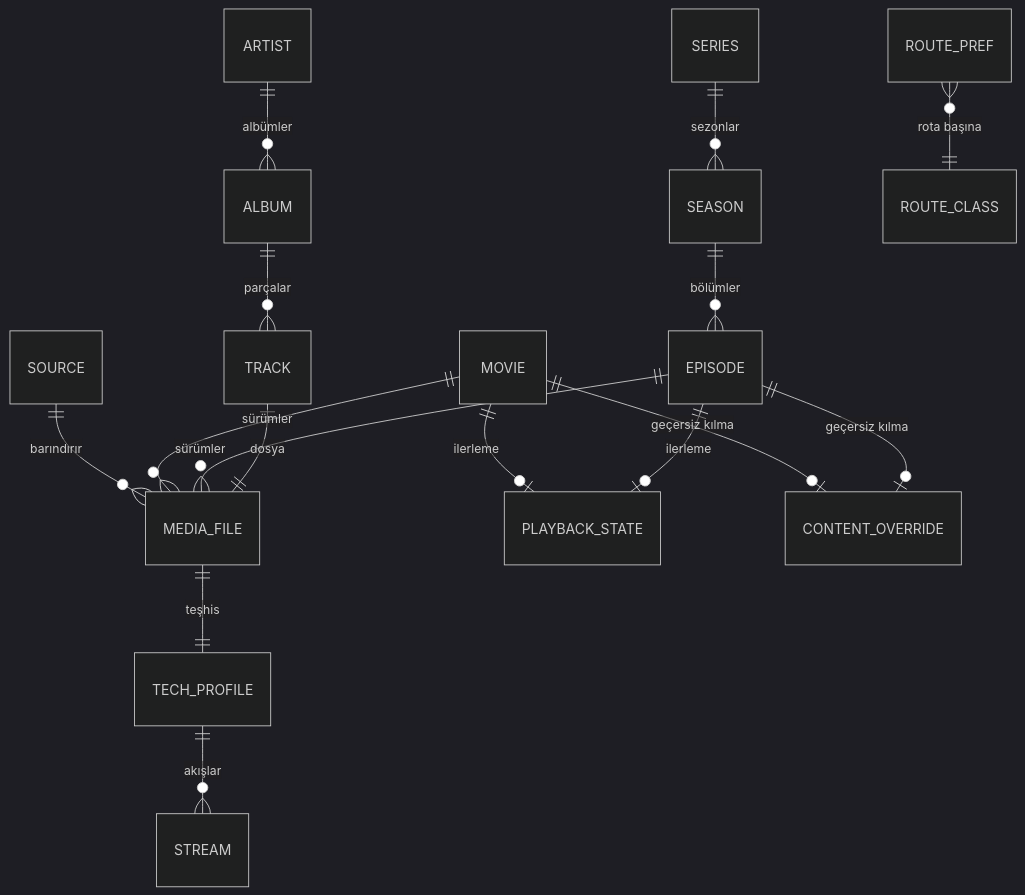
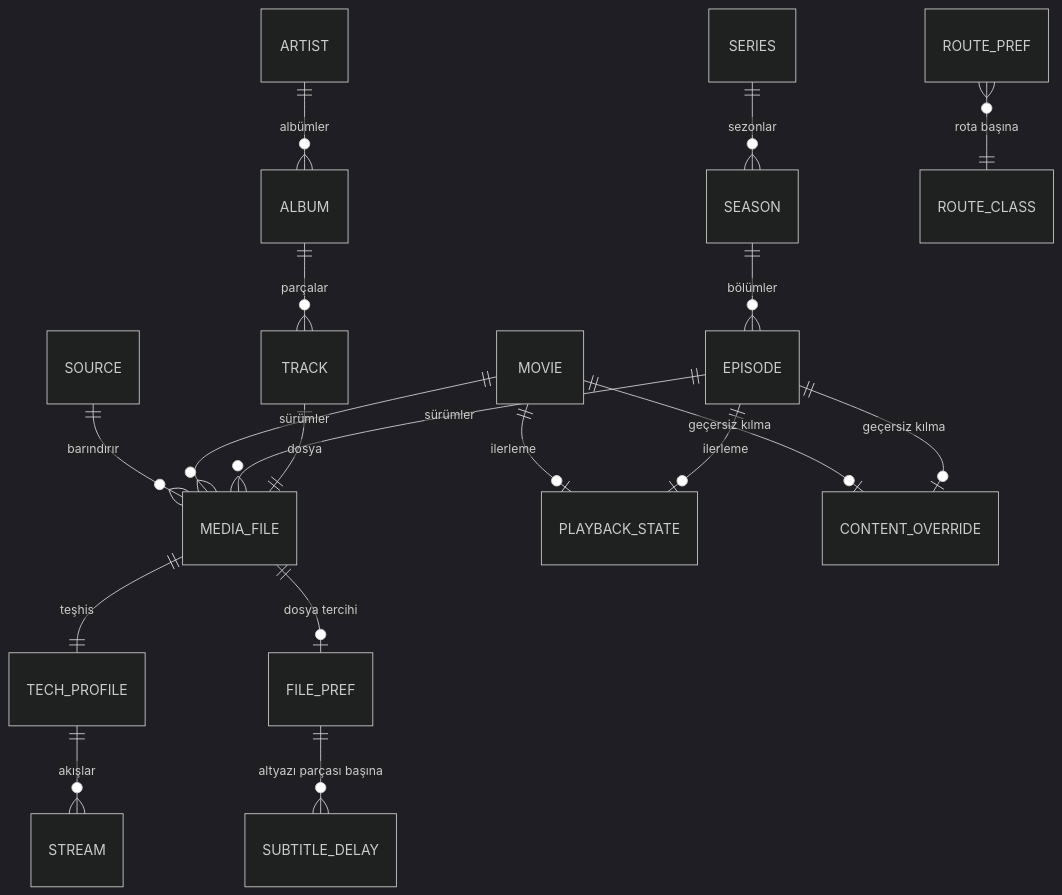
One commit to Feardarks/arifetanga changed the second of 7 diagrams in docs/03-tasarim.md. Above: the diagram before and after it, drawn with Mermaid (dark theme). The commit also changed other lines of this file, not shown here.

````diff
--- a/docs/03-tasarim.md
+++ b/docs/03-tasarim.md
@@ -175,18 +185,20 @@
 ```mermaid
 erDiagram
   SOURCE ||--o{ MEDIA_FILE : "barındırır"
   MEDIA_FILE ||--|| TECH_PROFILE : "teşhis"
   TECH_PROFILE ||--o{ STREAM : "akışlar"
   MOVIE ||--o{ MEDIA_FILE : "sürümler"
   SERIES ||--o{ SEASON : "sezonlar"
   SEASON ||--o{ EPISODE : "bölümler"
   EPISODE ||--o{ MEDIA_FILE : "sürümler"
   ARTIST ||--o{ ALBUM : "albümler"
   ALBUM ||--o{ TRACK : "parçalar"
   TRACK ||--|| MEDIA_FILE : "dosya"
   MOVIE ||--o| PLAYBACK_STATE : "ilerleme"
   EPISODE ||--o| PLAYBACK_STATE : "ilerleme"
   MOVIE ||--o| CONTENT_OVERRIDE : "geçersiz kılma"
   EPISODE ||--o| CONTENT_OVERRIDE : "geçersiz kılma"
+  MEDIA_FILE ||--o| FILE_PREF : "dosya tercihi"
+  FILE_PREF ||--o{ SUBTITLE_DELAY : "altyazı parçası başına"
   ROUTE_PREF }o--|| ROUTE_CLASS : "rota başına"
 ```
````
